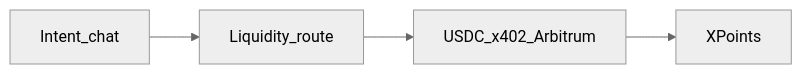
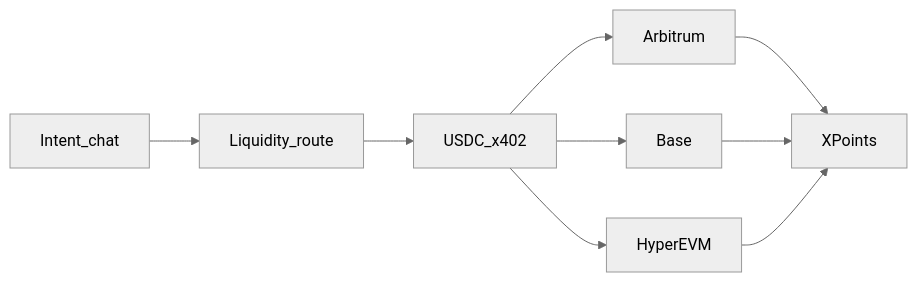
One commit to itzsihui/CryptoWorldsFair changed the diagram in README.md. Above: the diagram before and after it, drawn with Mermaid (neutral theme). The commit also changed other lines of this file, not shown here.

````diff
--- a/README.md
+++ b/README.md
@@ -26,6 +28,11 @@
 ```mermaid
 flowchart LR
   intent[Intent_chat] --> route[Liquidity_route]
-  route --> settle[USDC_x402_Arbitrum]
-  settle --> earn[XPoints]
+  route --> settle[USDC_x402]
+  settle --> arb[Arbitrum]
+  settle --> base[Base]
+  settle --> hyper[HyperEVM]
+  arb --> earn[XPoints]
+  base --> earn
+  hyper --> earn
 ```
````
